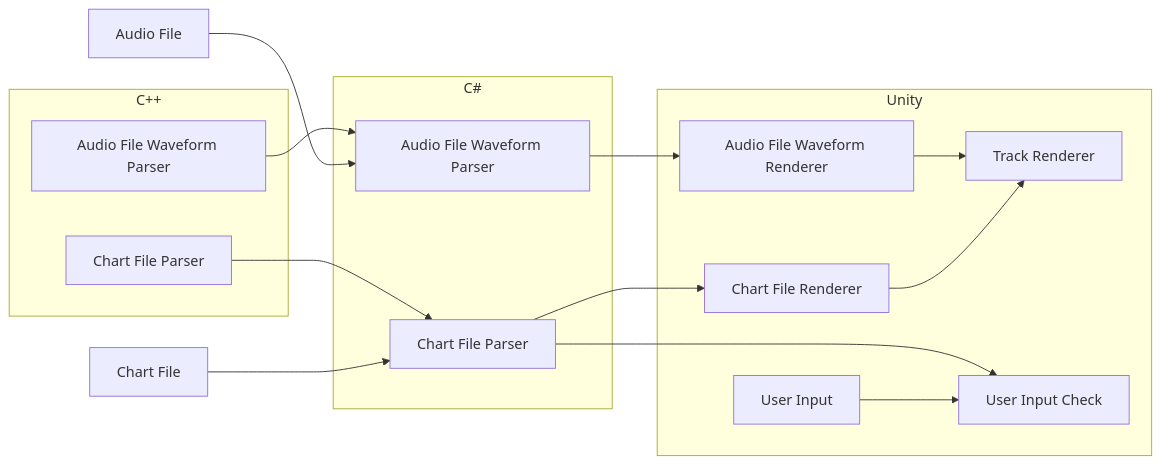
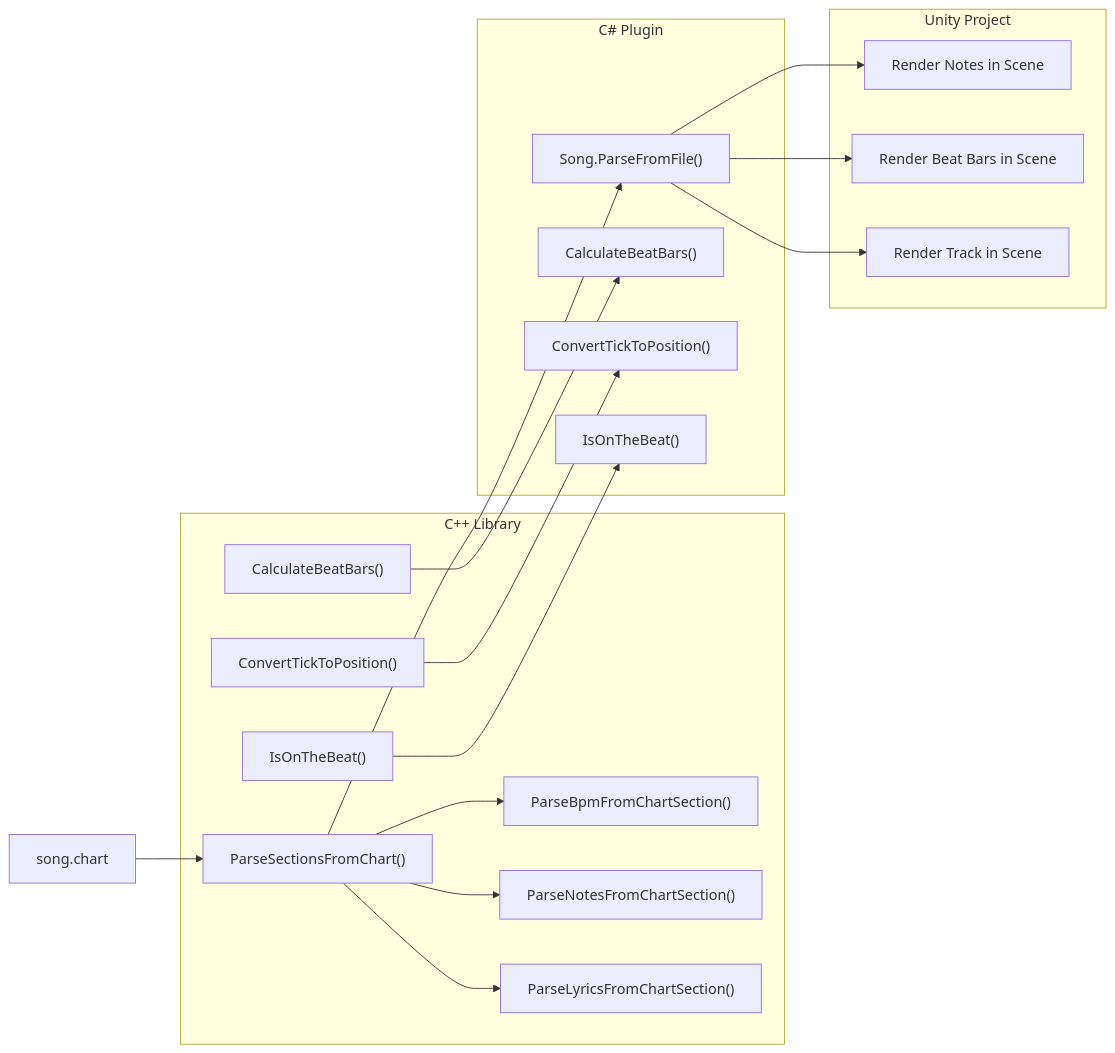
Before and after one commit to neogeek/scottdoxey.com: the first of 2 diagrams in case-study/rhythm-game-prototype.md, drawn with Mermaid. The commit also changed other lines of this file, not shown here.

Commit message:
Updated case study.

```diff
--- a/case-study/rhythm-game-prototype.md
+++ b/case-study/rhythm-game-prototype.md
@@ -36,49 +47,62 @@
 <pre class="mermaid">
 graph LR;
-    chartFile["Chart File"]
-    chartFileParserCpp["Chart File Parser"]
-    chartFileParserCsharp["Chart File Parser"]
-    chartFileRender["Chart File Renderer"]
+    file["song.chart"]
 
-    audioFile["Audio File"]
-    audioFileWaveformParserCpp["Audio File Waveform Parser"]
-    audioFileWaveformParserCsharp["Audio File Waveform Parser"]
-    audioFileWaveformRenderer["Audio File Waveform Renderer"]
+    file-->parseSectionsFromChartCpp
 
-    trackRenderer["Track Renderer"]
+    subgraph cppLibrary ["C++ Library"]
+        parseSectionsFromChartCpp["ParseSectionsFromChart()"]
+        parseBpmFromChartSectionCpp["ParseBpmFromChartSection()"]
+        parseNotesFromChartSectionCpp["ParseNotesFromChartSection()"]
+        parseLyricsFromChartSectionCpp["ParseLyricsFromChartSection()"]
 
-    userInput["User Input"]
-    userInputCheck["User Input Check"]
+        calculateBeatBarsCpp["CalculateBeatBars()"]
 
-    subgraph cpp ["C++"]
-        chartFileParserCpp
-        audioFileWaveformParserCpp
+        convertTickToPositionCpp["ConvertTickToPosition()"]
+        isOnTheBeatCpp["IsOnTheBeat()"]
+
+        parseSectionsFromChartCpp
+        parseBpmFromChartSectionCpp
+        parseNotesFromChartSectionCpp
+        parseLyricsFromChartSectionCpp
+
+        calculateBeatBarsCpp
+
+        convertTickToPositionCpp
+        isOnTheBeatCpp
     end
 
-    subgraph csharp ["C#"]
-        chartFileParserCsharp
-        audioFileWaveformParserCsharp
+    subgraph csharpLibrary ["C# Plugin"]
+        songParseFromFileCsharp["Song.ParseFromFile()"]
+
+        calculateBeatBarsCsharp["CalculateBeatBars()"]
+
+        convertTickToPositionCsharp["ConvertTickToPosition()"]
+        isOnTheBeatCsharp["IsOnTheBeat()"]
+
+        calculateBeatBarsCsharp
+
+        convertTickToPositionCsharp
+        isOnTheBeatCsharp
     end
 
-    subgraph unity ["Unity"]
-        chartFileRender
-        audioFileWaveformRenderer
-        trackRenderer
-        userInput
-        userInputCheck
+    subgraph unityProject ["Unity Project"]
+        renderNotesInScene["Render Notes in Scene"]
+        renderBeatBarsInScene["Render Beat Bars in Scene"]
+        renderTrackInScene["Render Track in Scene"]
     end
 
-    chartFile-->chartFileParserCsharp
-    audioFile-->audioFileWaveformParserCsharp
+    parseSectionsFromChartCpp-->parseBpmFromChartSectionCpp
+    parseSectionsFromChartCpp-->parseNotesFromChartSectionCpp
+    parseSectionsFromChartCpp-->parseLyricsFromChartSectionCpp
 
-    chartFileParserCpp-->chartFileParserCsharp
-    chartFileParserCsharp-->chartFileRender
-    audioFileWaveformParserCpp-->audioFileWaveformParserCsharp
-    audioFileWaveformParserCsharp-->audioFileWaveformRenderer
+    parseSectionsFromChartCpp-->songParseFromFileCsharp
 
-    chartFileRender-->trackRenderer
-    audioFileWaveformRenderer-->trackRenderer
+    calculateBeatBarsCpp-->calculateBeatBarsCsharp
+    convertTickToPositionCpp-->convertTickToPositionCsharp
+    isOnTheBeatCpp-->isOnTheBeatCsharp
 
-    userInput-->userInputCheck
-    chartFileParserCsharp-->userInputCheck
+    songParseFromFileCsharp-->renderNotesInScene
+    songParseFromFileCsharp-->renderBeatBarsInScene
+    songParseFromFileCsharp-->renderTrackInScene
 </pre>
```
